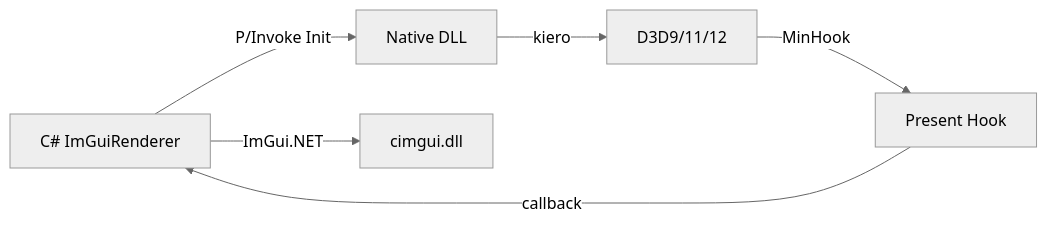
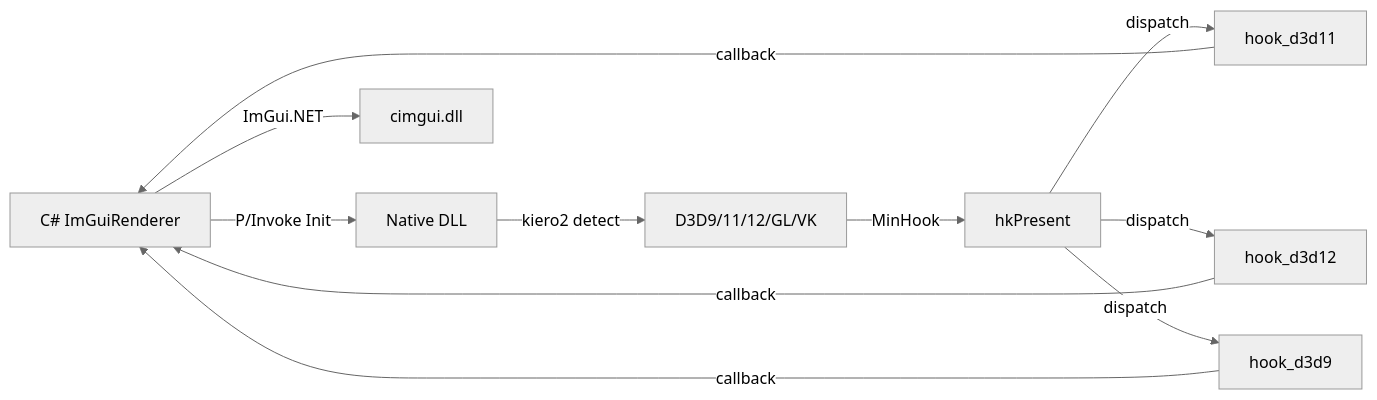
Before and after one commit to StArraySharp/StArray.ModManager: the diagram in README.md, drawn with Mermaid (neutral theme). The commit also changed other lines of this file and 9 other files, not shown here.

First line of the commit message:
refactor(native): multi-backend hook architecture with per-API files

````diff
--- a/README.md
+++ b/README.md
@@ -101,8 +105,11 @@
 ```mermaid
 flowchart LR
     CSharp[C# ImGuiRenderer] -->|P/Invoke Init| Native[Native DLL]
-    Native -->|kiero| API[D3D9/11/12]
-    API -->|MinHook| Present[Present Hook]
-    Present -->|callback| CSharp
+    Native -->|kiero2 detect| API[D3D9/11/12/GL/VK]
+    API -->|MinHook| Present[hkPresent]
+    Present -->|dispatch| D3D11[hook_d3d11]
+    Present -->|dispatch| D3D12[hook_d3d12]
+    Present -->|dispatch| D3D9[hook_d3d9]
+    D3D11 & D3D12 & D3D9 -->|callback| CSharp
     CSharp -->|ImGui.NET| cimgui[cimgui.dll]
 ```
````
